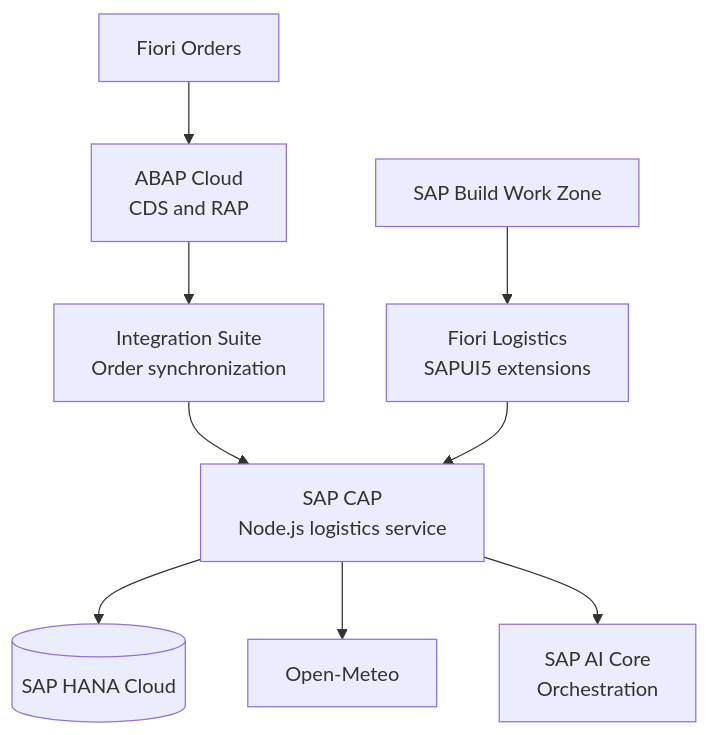
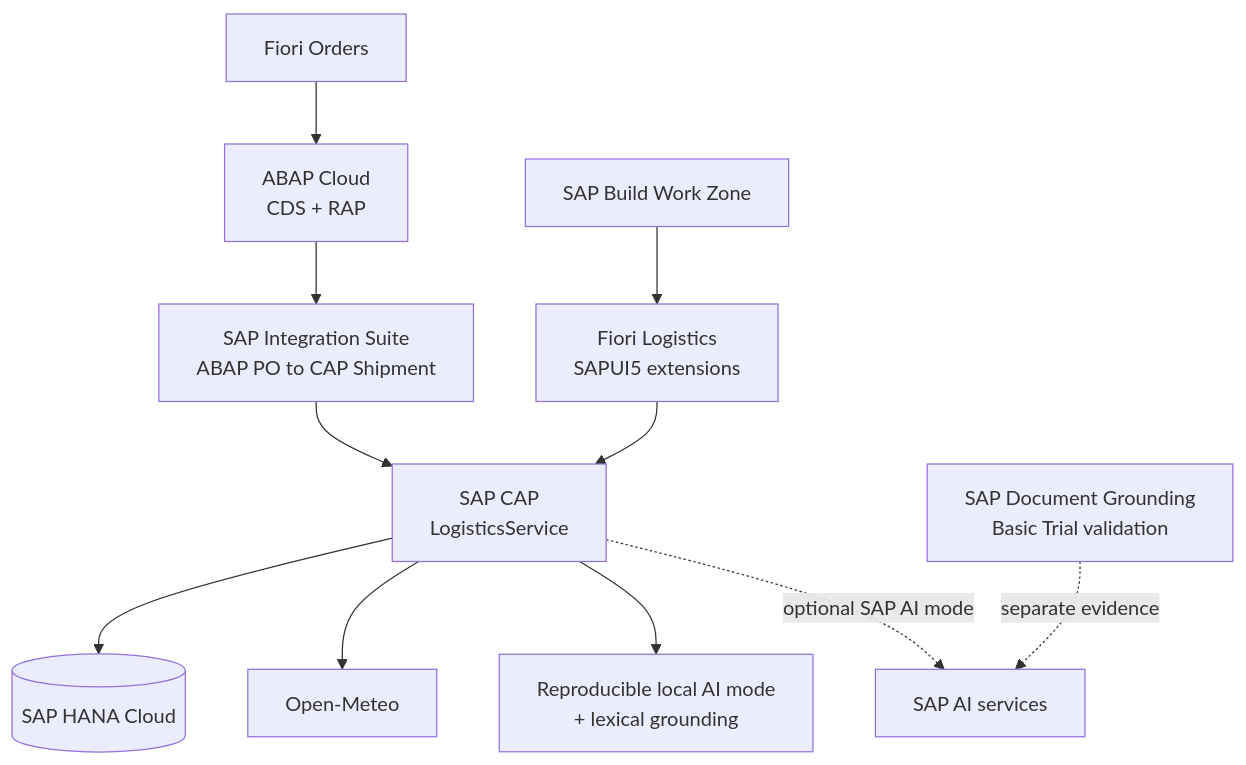
The diagram in docs/architecture/solution-architecture.md (narcisohidalgo/smartlogistics-btp), drawn with Mermaid before and after one commit. The commit also changed other lines of this file and 15 other files, not shown here.

````diff
--- a/docs/architecture/solution-architecture.md
+++ b/docs/architecture/solution-architecture.md
@@ -5,11 +7,14 @@
 ```mermaid
 flowchart TD
-    PO["Fiori Orders"] --> ABAP["ABAP Cloud\nCDS and RAP"]
-    ABAP --> CPI["Integration Suite\nOrder synchronization"]
-    CPI --> CAP["SAP CAP\nNode.js logistics service"]
+    PO["Fiori Orders"] --> ABAP["ABAP Cloud\nCDS + RAP"]
+    ABAP --> CPI["SAP Integration Suite\nABAP PO to CAP Shipment"]
+    CPI --> CAP["SAP CAP\nLogisticsService"]
     LOG["Fiori Logistics\nSAPUI5 extensions"] --> CAP
+    WORKZONE["SAP Build Work Zone"] --> LOG
     CAP --> HANA[("SAP HANA Cloud")]
     CAP --> WEATHER["Open-Meteo"]
-    CAP --> AI["SAP AI Core\nOrchestration"]
-    WORKZONE["SAP Build Work Zone"] --> LOG
+    CAP --> LOCALAI["Reproducible local AI mode\n+ lexical grounding"]
+    CAP -. "optional SAP AI mode" .-> SAPAI["SAP AI services"]
+
+    DG["SAP Document Grounding\nBasic Trial validation"] -. "separate evidence" .-> SAPAI
 ```
````
